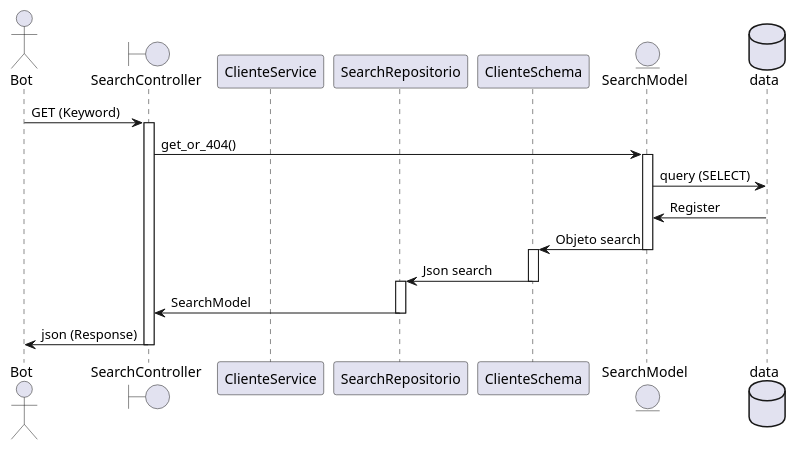
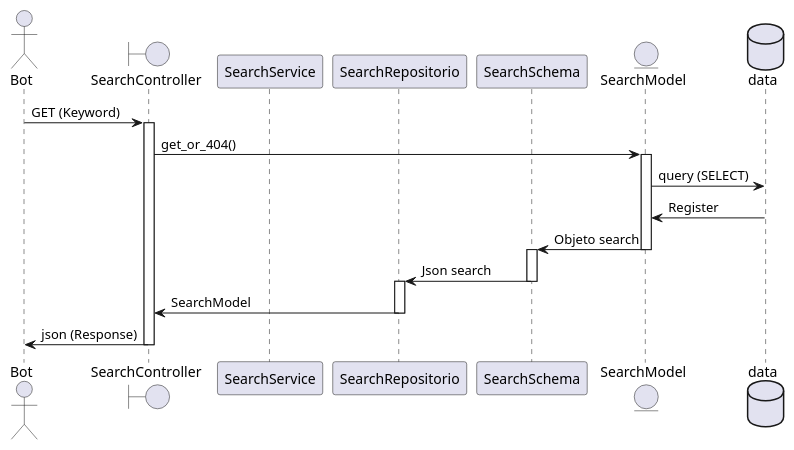
The diagram in docs/diagrama_secuencia_bot.puml (j0k3rD/Bot_Courses_UM), drawn with PlantUML before and after one commit. The commit also changed 20 other files, not shown here.

```diff
--- a/docs/diagrama_secuencia_bot.puml
+++ b/docs/diagrama_secuencia_bot.puml
@@ -1,28 +1,28 @@
 @startuml
 
 actor Bot
 boundary SearchController
-participant ClienteService
+participant SearchService
 participant SearchRepositorio
-participant ClienteSchema
+participant SearchSchema
 entity SearchModel
 database data
 
 Bot -> SearchController: GET (Keyword)
 activate SearchController
 SearchController -> SearchModel: get_or_404()
 activate SearchModel
 SearchModel -> data: query (SELECT)
 SearchModel <- data: Register
-ClienteSchema <- SearchModel: Objeto search
+SearchSchema <- SearchModel: Objeto search
 deactivate SearchModel
-activate ClienteSchema
-SearchRepositorio <- ClienteSchema: Json search
-deactivate ClienteSchema
+activate SearchSchema
+SearchRepositorio <- SearchSchema: Json search
+deactivate SearchSchema
 activate SearchRepositorio
 SearchController <- SearchRepositorio: SearchModel
 deactivate SearchRepositorio
 Bot <- SearchController: json (Response)
 deactivate SearchController
 
 @enduml
```
